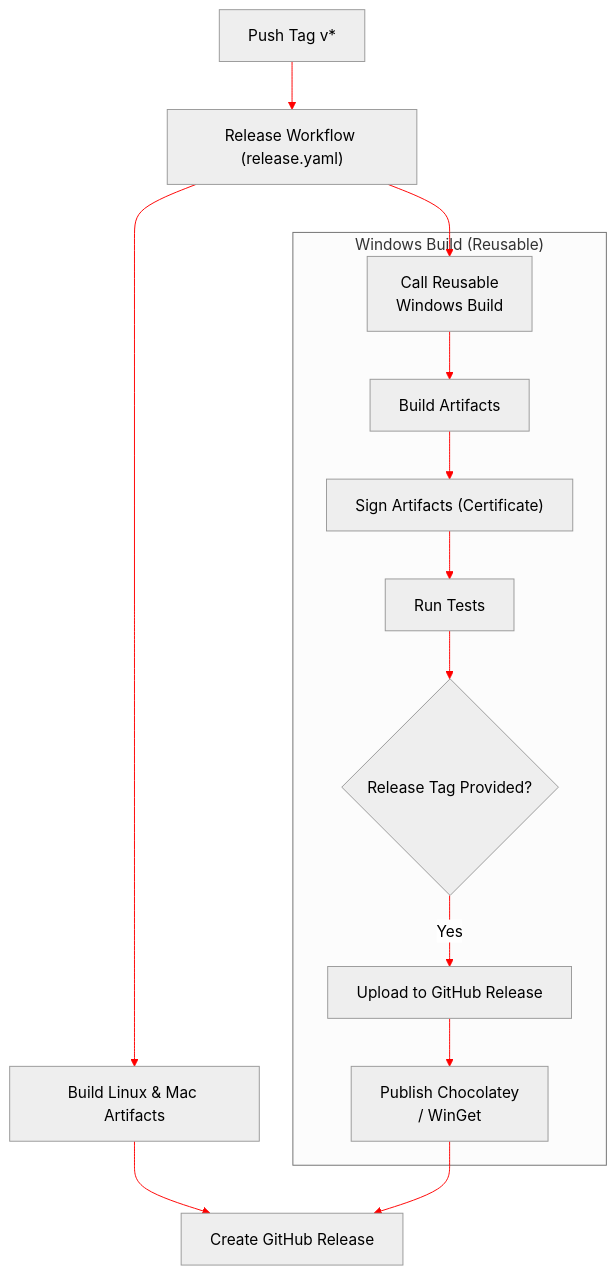
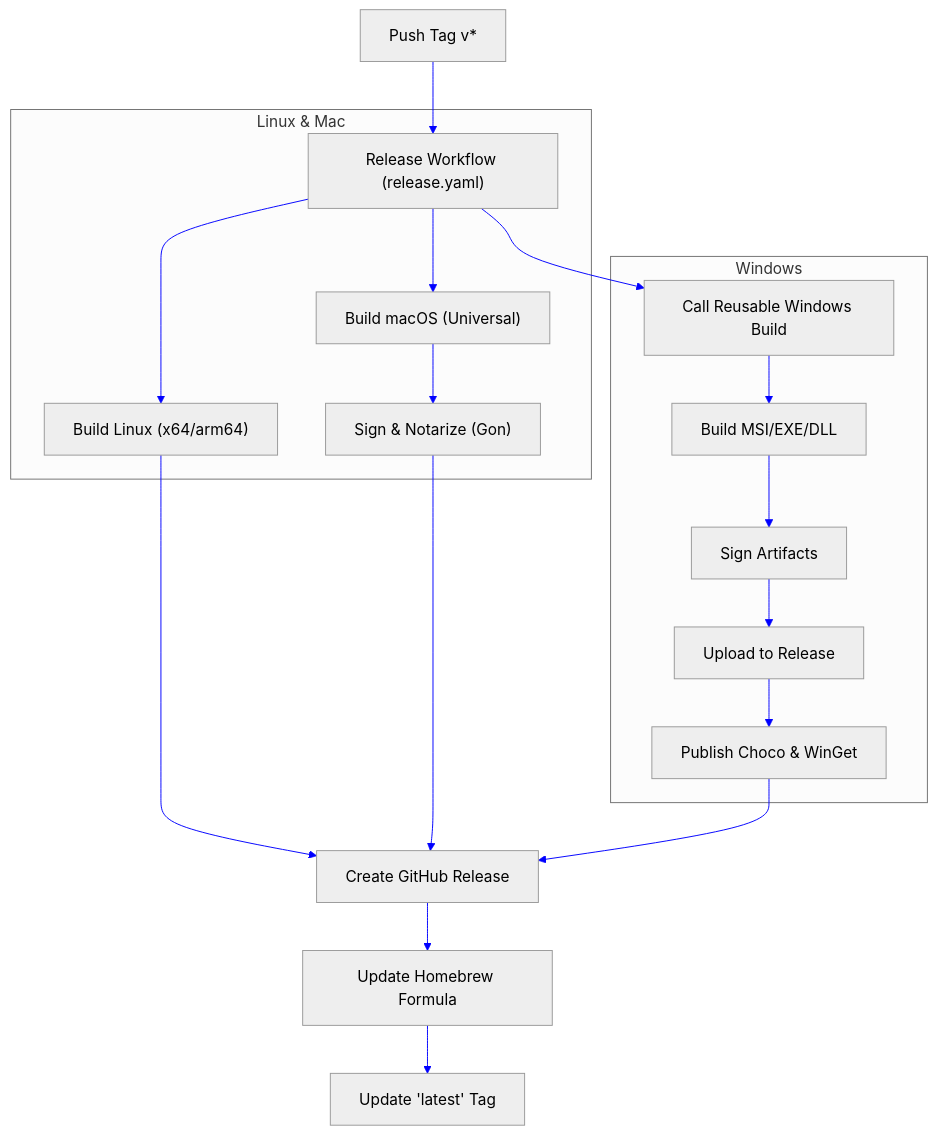
Before and after one commit to metalbear-co/mirrord: the second of 2 diagrams in .github/workflows/README.md, drawn with Mermaid. The commit also changed other lines of this file and 3 other files, not shown here.

````diff
--- a/.github/workflows/README.md
+++ b/.github/workflows/README.md
@@ -33,19 +35,26 @@
 ```mermaid
-%%{init: {'theme': 'neutral', 'themeVariables': {'lineColor': '#f00'}}}%%
+%%{init: {'theme': 'neutral', 'themeVariables': {'lineColor': '#00f'}}}%%
 graph TD
     A["Push Tag v*"] --> B["Release Workflow (release.yaml)"]
-    B --> C["Build Linux & Mac Artifacts"]
-    B --> D["Call Reusable<br>Windows Build"]
     
-    subgraph "Windows Build (Reusable)"
-        D --> D1["Build Artifacts"]
-        D1 --> D2["Sign Artifacts (Certificate)"]
-        D2 --> D3["Run Tests"]
-        D3 --> D4{"Release Tag Provided?"}
-        D4 -->|Yes| D5["Upload to GitHub Release"]
-        D5 --> D6["Publish Chocolatey<br>/ WinGet"]
+    subgraph "Linux & Mac"
+        B --> C["Build Linux (x64/arm64)"]
+        B --> D["Build macOS (Universal)"]
+        D --> D1["Sign & Notarize (Gon)"]
     end
 
-    C --> E["Create GitHub Release"]
-    D6 --> E
+    subgraph "Windows"
+        B --> E["Call Reusable Windows Build"]
+        E --> E1["Build MSI/EXE/DLL"]
+        E1 --> E2["Sign Artifacts"]
+        E2 --> E3["Upload to Release"]
+        E3 --> E4["Publish Choco & WinGet"]
+    end
+    
+    C --> F["Create GitHub Release"]
+    D1 --> F
+    E4 --> F
+    
+    F --> G["Update Homebrew Formula"]
+    G --> H["Update 'latest' Tag"]
 ```
````
